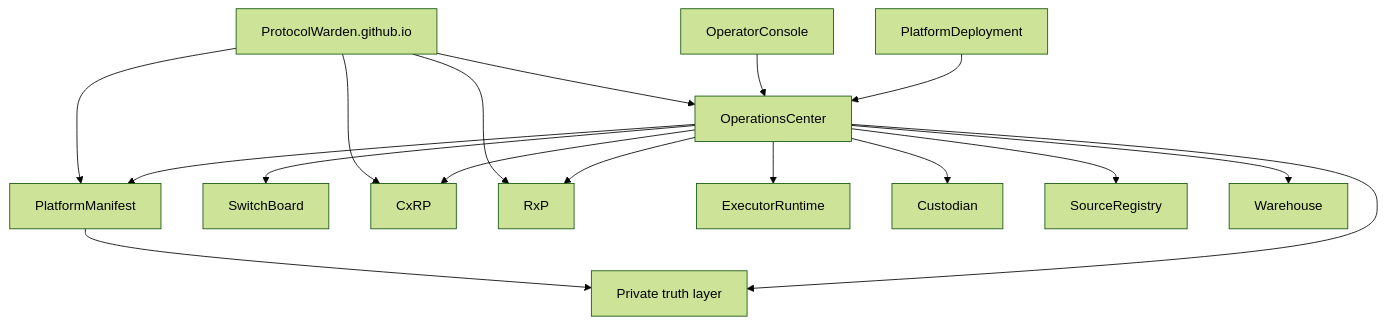
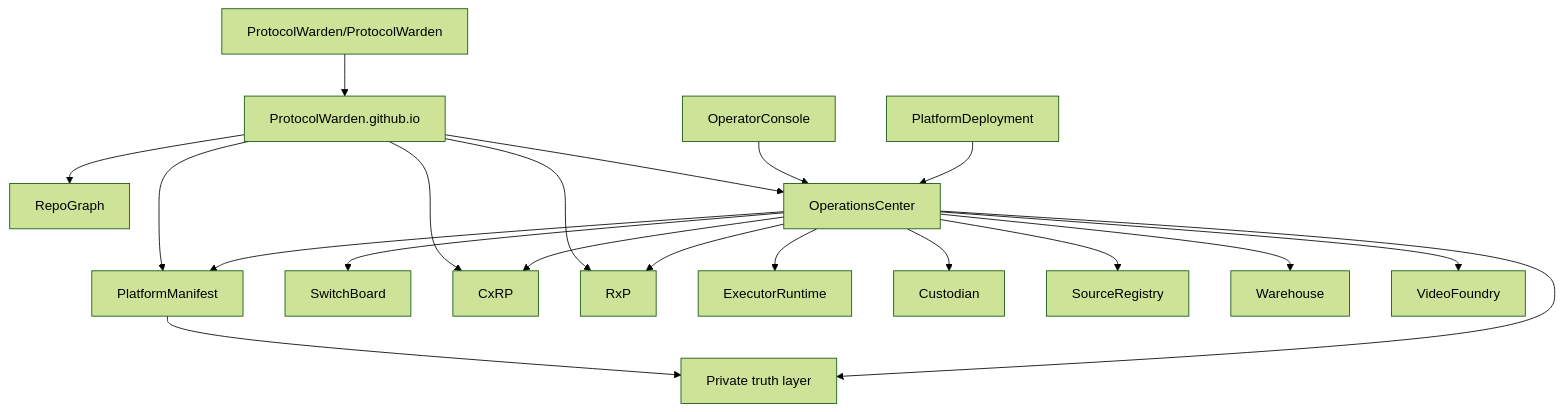
Before and after one commit to ProtocolWarden/ProtocolWarden.github.io: the diagram in docs/overview/ecosystem-map.md, drawn with Mermaid (forest theme). The commit also changed 25 other files, not shown here.

````diff
--- a/docs/overview/ecosystem-map.md
+++ b/docs/overview/ecosystem-map.md
@@ -3,33 +3,39 @@
 ```mermaid
 graph TD
+    FRONT[ProtocolWarden/ProtocolWarden]
     DOCS[ProtocolWarden.github.io]
+    RG[RepoGraph]
     PM[PlatformManifest]
     PT[Private truth layer]
     OC[OperatorConsole]
     OPS[OperationsCenter]
     SB[SwitchBoard]
     CX[CxRP]
     RX[RxP]
     ER[ExecutorRuntime]
     CU[Custodian]
     WS[PlatformDeployment]
     SR[SourceRegistry]
     WH[Warehouse]
+    VF[VideoFoundry]
 
+    FRONT --> DOCS
     DOCS --> PM
+    DOCS --> RG
     DOCS --> CX
     DOCS --> RX
     DOCS --> OPS
     PM --> PT
     OC --> OPS
     OPS --> SB
     OPS --> ER
     OPS --> CU
     OPS --> PT
     OPS --> SR
     OPS --> WH
     OPS --> PM
     OPS --> CX
     OPS --> RX
+    OPS --> VF
     WS --> OPS
 ```
````
